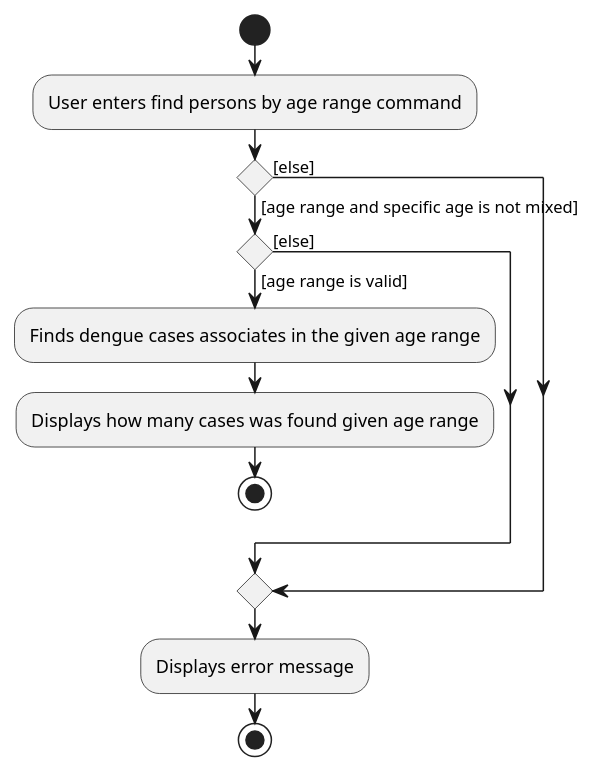
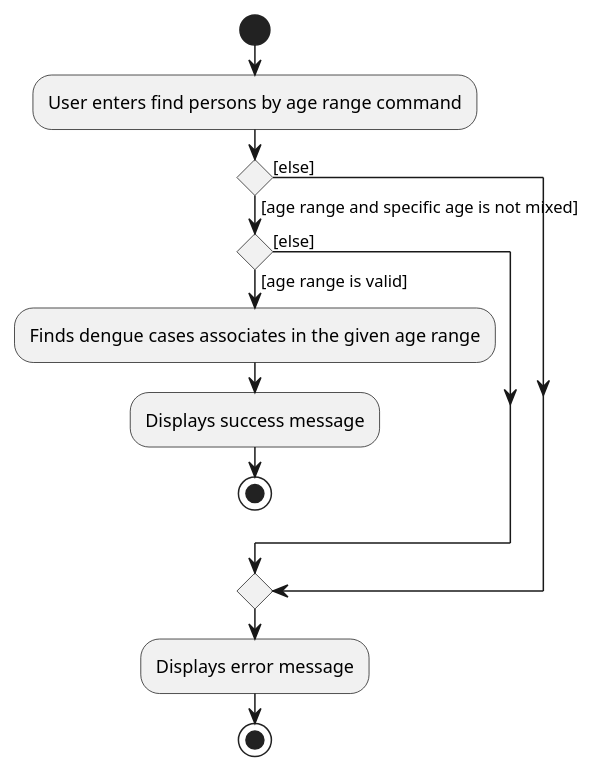
The diagram in docs/diagrams/dgplantuml/RangeFindActivityDiagram.puml (nus-cs2103-AY2223S2/tp), drawn with PlantUML before and after one commit.

Commit message:
Edit commit message

```diff
--- a/docs/diagrams/dgplantuml/RangeFindActivityDiagram.puml
+++ b/docs/diagrams/dgplantuml/RangeFindActivityDiagram.puml
@@ -1,17 +1,17 @@
 @startuml
 'https://plantuml.com/activity-diagram-beta
 
 start
 :User enters find persons by age range command;
 if () then ([age range and specific age is not mixed])
 if () then ([age range is valid])
     :Finds dengue cases associates in the given age range;
-    :Displays how many cases was found given age range;
+    :Displays success message;
     stop
 else ([else])
 endif
 else ([else])
 endif
 :Displays error message;
 stop
 @enduml
```
